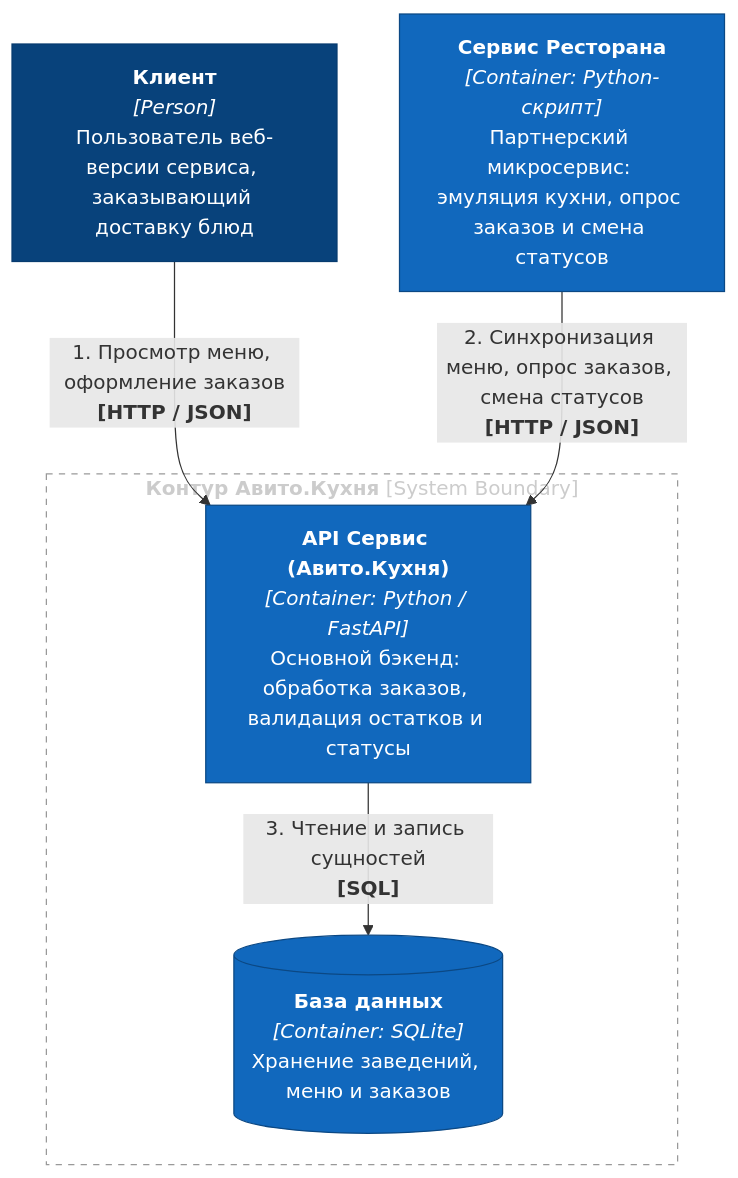
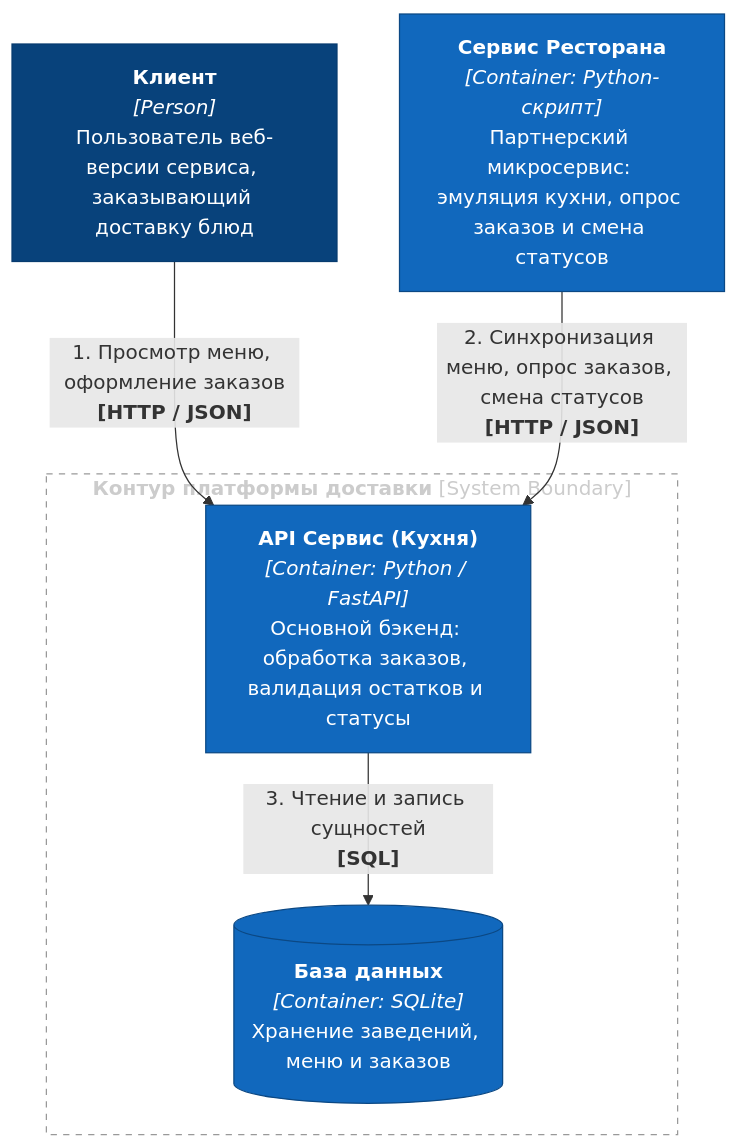
Before and after one commit to MOHOLOG/delivery-kitchen-api: the first of 2 diagrams in README.md, drawn with Mermaid. The commit also changed other lines of this file and 8 other files, not shown here.

````diff
--- a/README.md
+++ b/README.md
@@ -28,24 +28,24 @@
 ```mermaid
 flowchart TB
     %% Определение участников и внешних сервисов
     client["<b>Клиент</b><br/><i>[Person]</i><br/>Пользователь веб-версии сервиса, заказывающий доставку блюд"]
     restaurant["<b>Сервис Ресторана</b><br/><i>[Container: Python-скрипт]</i><br/>Партнерский микросервис: эмуляция кухни, опрос заказов и смена статусов"]
 
     %% Границы платформы
-    subgraph avito ["<b>Контур Авито.Кухня</b> [System Boundary]"]
-        api["<b>API Сервис (Авито.Кухня)</b><br/><i>[Container: Python / FastAPI]</i><br/>Основной бэкенд: обработка заказов, валидация остатков и статусы"]
+    subgraph avito ["<b>Контур платформы доставки</b> [System Boundary]"]
+        api["<b>API Сервис (Кухня)</b><br/><i>[Container: Python / FastAPI]</i><br/>Основной бэкенд: обработка заказов, валидация остатков и статусы"]
         db[("<b>База данных</b><br/><i>[Container: SQLite]</i><br/>Хранение заведений, меню и заказов")]
     end
 
     %% Связи и протоколы
     client -->|"1. Просмотр меню, оформление заказов<br/><b>[HTTP / JSON]</b>"| api
     restaurant -->|"2. Синхронизация меню, опрос заказов, смена статусов<br/><b>[HTTP / JSON]</b>"| api
     api -->|"3. Чтение и запись сущностей<br/><b>[SQL]</b>"| db
 
     %% Стилизация под цвета C4 (синие контейнеры, читаемый контрастный текст)
     style client fill:#08427b,stroke:#073b6f,color:#ffffff
     style restaurant fill:#1168bd,stroke:#0b4884,color:#ffffff
     style api fill:#1168bd,stroke:#0b4884,color:#ffffff
     style db fill:#1168bd,stroke:#0b4884,color:#ffffff
     style avito fill:transparent,stroke:#999999,stroke-dasharray: 5 5,color:#cccccc
 ```
````
